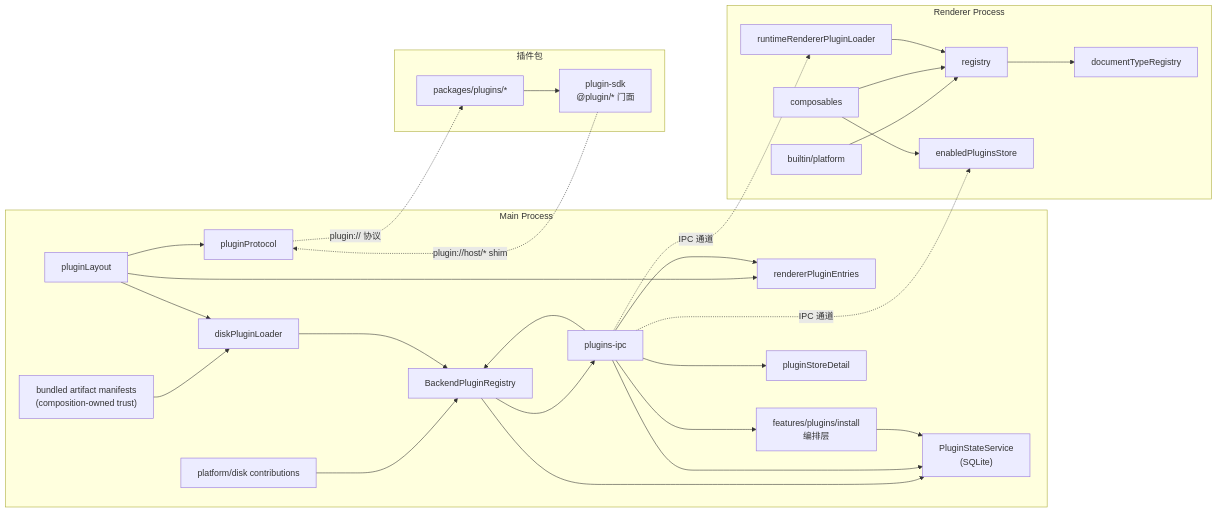
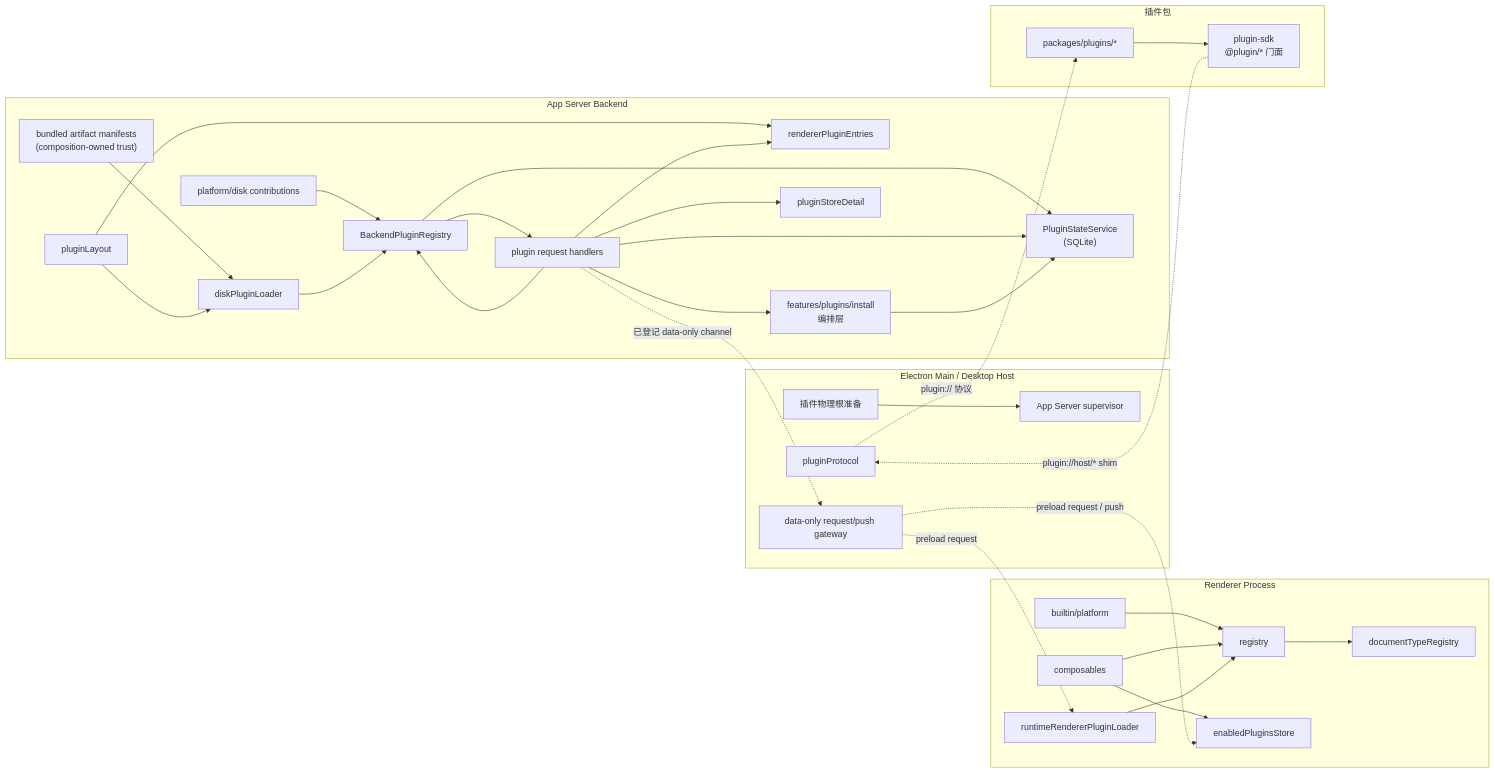
The sixth of 6 diagrams in docs/plugins/architecture.md (linnlabs/linnya), drawn with Mermaid before and after one commit. The commit also changed other lines of this file and 18 other files, not shown here.

````diff
--- a/docs/plugins/architecture.md
+++ b/docs/plugins/architecture.md
@@ -282,58 +314,66 @@
 ```mermaid
 graph LR
-    subgraph "Main Process"
+    subgraph "App Server Backend"
         BUNDLED["bundled artifact manifests<br/>(composition-owned trust)"]
         IPCONTRIB["platform/disk contributions"]
         BPR["BackendPluginRegistry"]
         PSS["PluginStateService<br/>(SQLite)"]
         PL["pluginLayout"]
-        PP["pluginProtocol"]
         RPE["rendererPluginEntries"]
         DPL["diskPluginLoader"]
-        PIPC["plugins-ipc"]
+        REQUESTS["plugin request handlers"]
         FPI["features/plugins/install<br/>编排层"]
         PSD["pluginStoreDetail"]
 
         IPCONTRIB --> BPR
         BUNDLED --> DPL
         BPR --> PSS
-        BPR --> PIPC
-        PL --> PP
+        BPR --> REQUESTS
         PL --> RPE
         PL --> DPL
         DPL --> BPR
-        PIPC --> PSS
-        PIPC --> RPE
-        PIPC --> FPI
-        PIPC --> PSD
-        PIPC --> BPR
+        REQUESTS --> PSS
+        REQUESTS --> RPE
+        REQUESTS --> FPI
+        REQUESTS --> PSD
+        REQUESTS --> BPR
         FPI --> PSS
+    end
+
+    subgraph "Electron Main / Desktop Host"
+        ENV["插件物理根准备"]
+        PP["pluginProtocol"]
+        GATEWAY["data-only request/push gateway"]
+        SUPERVISOR["App Server supervisor"]
+
+        ENV --> SUPERVISOR
     end
 
     subgraph "Renderer Process"
         BLT["builtin/platform"]
         RR["registry"]
         DTR["documentTypeRegistry"]
         EPS["enabledPluginsStore"]
         CMP["composables"]
         RDL["runtimeRendererPluginLoader"]
 
         BLT --> RR
         RR --> DTR
         CMP --> RR
         CMP --> EPS
         RDL --> RR
     end
 
     subgraph "插件包"
         PKG["packages/plugins/*"]
         SDK["plugin-sdk<br/>@plugin/* 门面"]
 
         PKG --> SDK
     end
 
-    PIPC -.->|"IPC 通道"| EPS
-    PIPC -.->|"IPC 通道"| RDL
+    REQUESTS -.->|"已登记 data-only channel"| GATEWAY
+    GATEWAY -.->|"preload request / push"| EPS
+    GATEWAY -.->|"preload request"| RDL
     PP -.->|"plugin:// 协议"| PKG
     SDK -.->|"plugin://host/* shim"| PP
 ```
````
